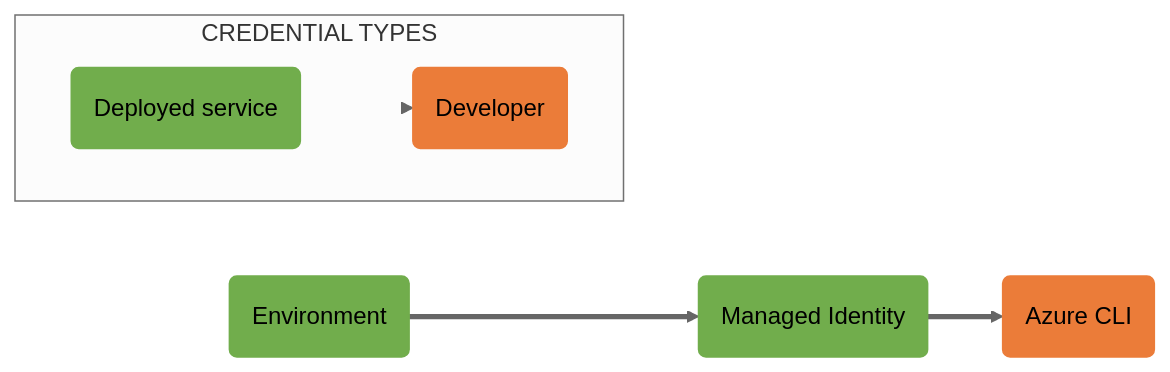
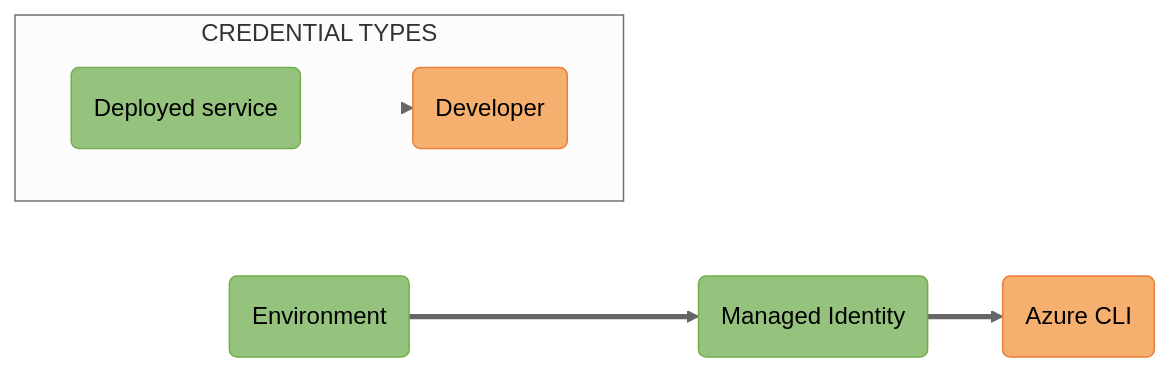
Before and after one commit to Azure/azure-sdk-for-go: the diagram in sdk/azidentity/img/mermaidjs/DefaultAzureCredentialAuthFlow.md, drawn with Mermaid (neutral theme). The commit also changed 1 other file, not shown here.

Commit message:
Adjust contrast

````diff
--- a/sdk/azidentity/img/mermaidjs/DefaultAzureCredentialAuthFlow.md
+++ b/sdk/azidentity/img/mermaidjs/DefaultAzureCredentialAuthFlow.md
@@ -1,26 +1,26 @@
 ```mermaid
 %% STEPS TO GENERATE IMAGE
 %% =======================
 %% 1. Install mermaid CLI (see https://github.com/mermaid-js/mermaid-cli/blob/master/README.md)
 %% 2. Run command: mmdc -i DefaultAzureCredentialAuthFlow.md -o DefaultAzureCredentialAuthFlow.svg
 
 flowchart LR;
     A(Environment):::deployed ==> B(Managed Identity):::deployed ==> C(Azure CLI):::developer;
 
     subgraph CREDENTIAL TYPES;
         direction LR;
         Deployed(Deployed service):::deployed ==> Developer(Developer):::developer;
 
         %% Hide links between boxes in the legend by setting width to 0. The integers after "linkStyle" represent link indices.
         linkStyle 2 stroke-width:0px;
     end;
 
     %% Define styles for credential type boxes
-    classDef deployed fill:#71AD4C, stroke:#71AD4C;
-    classDef developer fill:#EB7C39, stroke:#EB7C39;
+    classDef deployed fill:#95C37E, stroke:#71AD4C;
+    classDef developer fill:#F5AF6F, stroke:#EB7C39;
 
     %% Add API ref links to credential type boxes
     click A "https://pkg.go.dev/github.com/Azure/azure-sdk-for-go/sdk/azidentity#EnvironmentCredential" _blank;
     click B "https://pkg.go.dev/github.com/Azure/azure-sdk-for-go/sdk/azidentity#ManagedIdentityCredential" _blank;
     click C "https://pkg.go.dev/github.com/Azure/azure-sdk-for-go/sdk/azidentity#AzureCLICredential" _blank;
 ```
````
